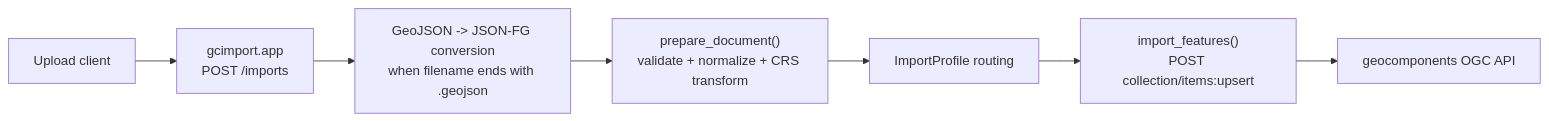
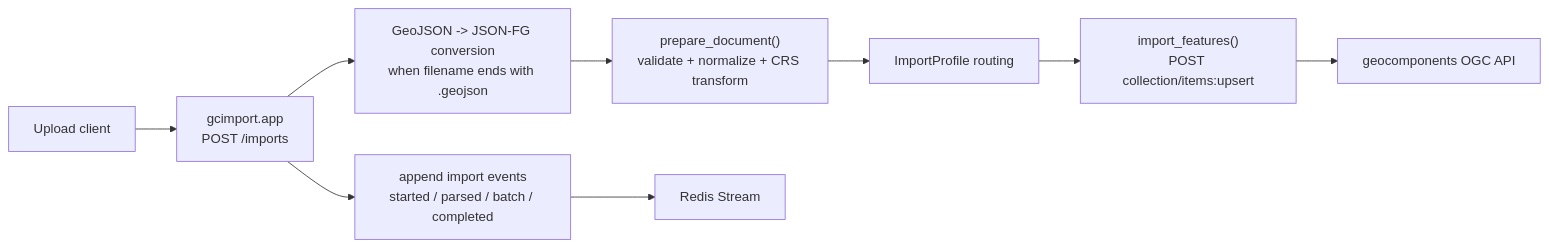
One commit to kartverket/topografisk-gdb-api changed the fourth of 10 diagrams in docs/ARCHITECTURE.md. Above: the diagram before and after it, drawn with Mermaid. The commit also changed other lines of this file and 50 other files, not shown here.

First line of the commit message:
batch import using processes (#73)

````diff
--- a/docs/ARCHITECTURE.md
+++ b/docs/ARCHITECTURE.md
@@ -133,9 +153,11 @@
 ```mermaid
 flowchart LR
   U["Upload client"] --> APP["gcimport.app<br/>POST /imports"]
   APP --> CONV["GeoJSON -> JSON-FG conversion<br/>when filename ends with .geojson"]
   CONV --> PREP["prepare_document()<br/>validate + normalize + CRS transform"]
   PREP --> PROF["ImportProfile routing"]
   PROF --> UP["import_features()<br/>POST collection/items:upsert"]
+  APP --> EVT["append import events<br/>started / parsed / batch / completed"]
+  EVT --> REDIS["Redis Stream"]
   UP --> API["geocomponents OGC API"]
 ```
````
